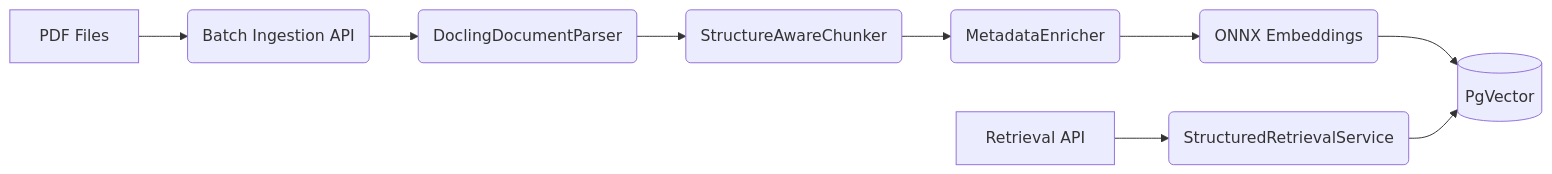
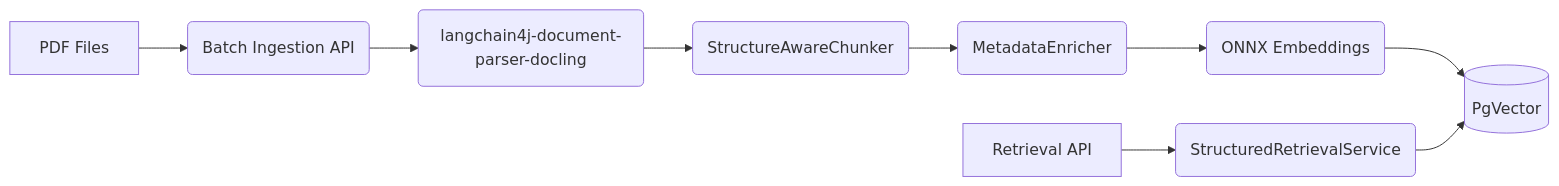
The diagram in rag/rag-langchain4j-docling/README.md (rajadilipkolli/ai-playground), drawn with Mermaid before and after one commit. The commit also changed other lines of this file and 14 other files, not shown here.

````diff
--- a/rag/rag-langchain4j-docling/README.md
+++ b/rag/rag-langchain4j-docling/README.md
@@ -7,11 +7,11 @@
 ```mermaid
 graph LR
 A[PDF Files] --> B(Batch Ingestion API)
-B --> C(DoclingDocumentParser)
+B --> C("langchain4j-document-parser-docling")
 C --> D(StructureAwareChunker)
 D --> E(MetadataEnricher)
 E --> F(ONNX Embeddings)
 F --> G[(PgVector)]
 H[Retrieval API] --> I(StructuredRetrievalService)
 I --> G
 ```
````
